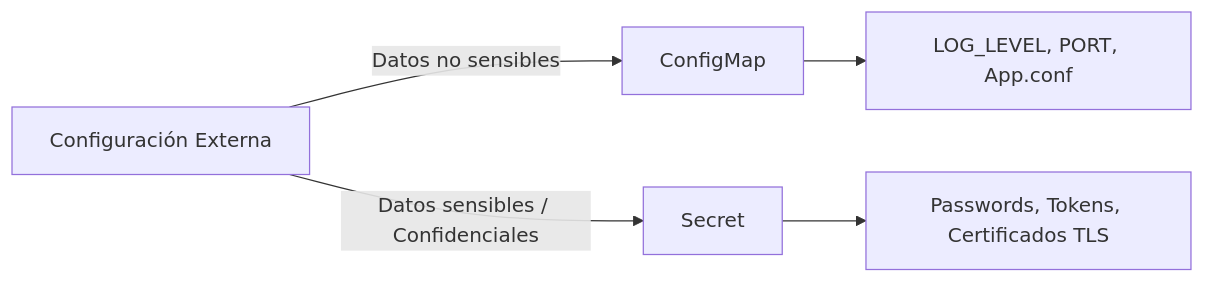
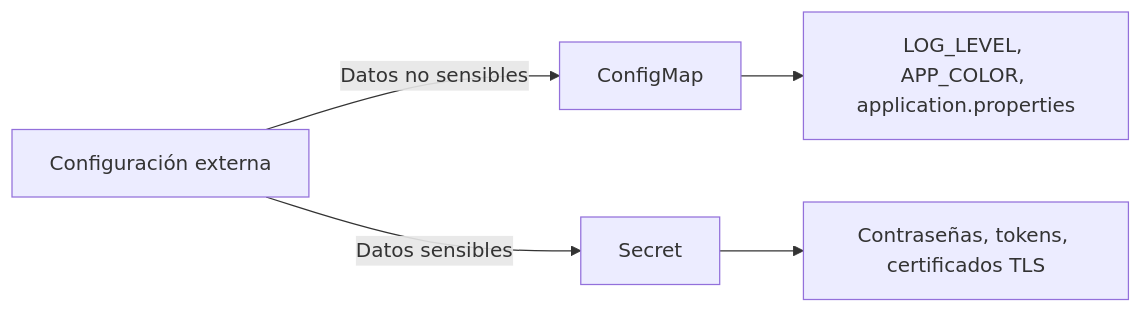
The second of 4 diagrams in docs/sesion2/2.4 Configuracion fuera de la imagen.md (ieftraining/curso-openshift), drawn with Mermaid before and after one commit. The commit also changed other lines of this file, not shown here.

````diff
--- a/docs/sesion2/2.4 Configuracion fuera de la imagen.md
+++ b/docs/sesion2/2.4 Configuracion fuera de la imagen.md
@@ -48,9 +55,8 @@
 ```mermaid
 flowchart LR
-    A[Configuración Externa]
-    A -->|Datos no sensibles| B[ConfigMap]
-    A -->|Datos sensibles / Confidenciales| C[Secret]
-
-    B --> D[LOG_LEVEL, PORT, App.conf]
-    C --> E[Passwords, Tokens, Certificados TLS]
+    A["Configuración externa"]
+    A -->|"Datos no sensibles"| B["ConfigMap"]
+    A -->|"Datos sensibles"| C["Secret"]
+    B --> D["LOG_LEVEL, APP_COLOR, application.properties"]
+    C --> E["Contraseñas, tokens, certificados TLS"]
 ```
````
